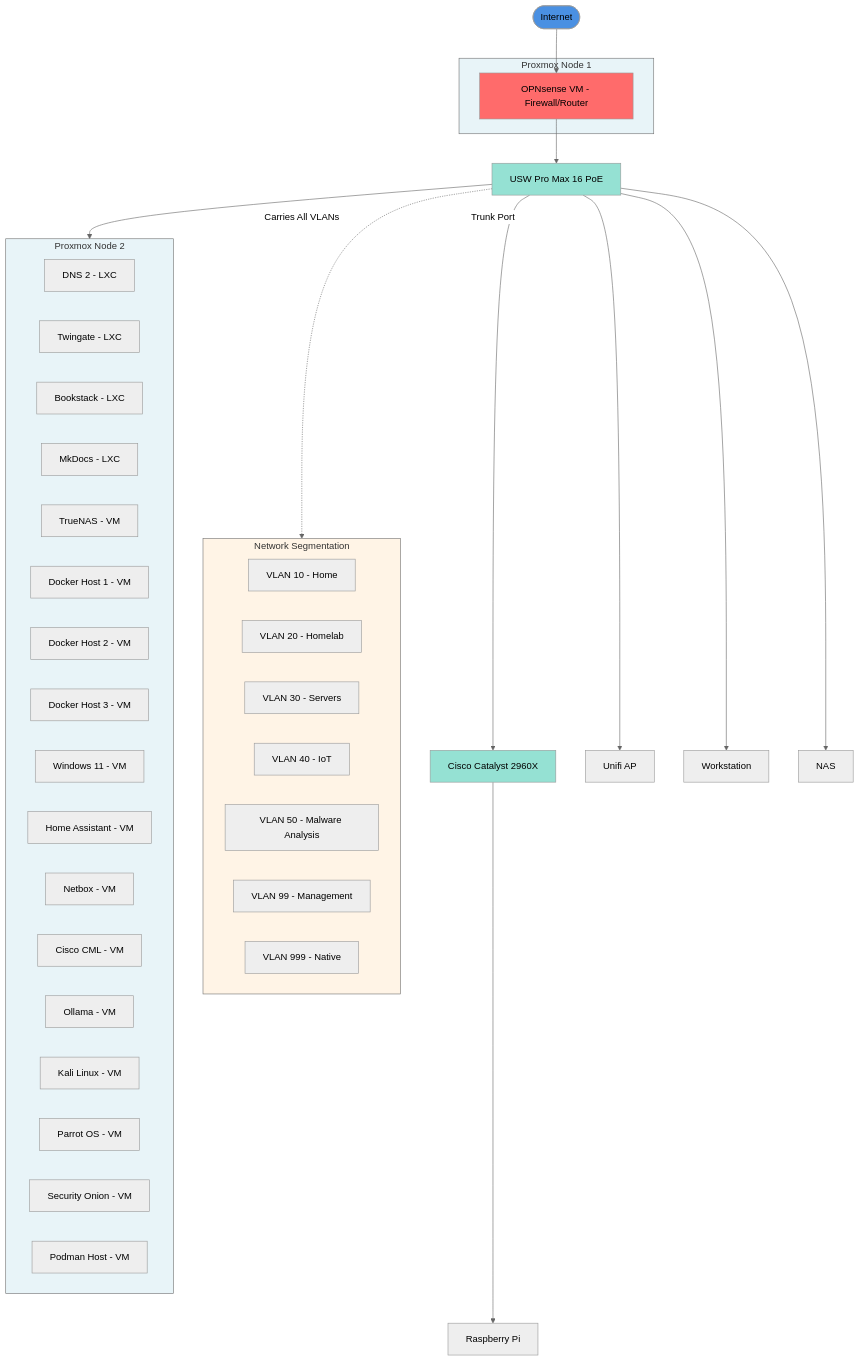
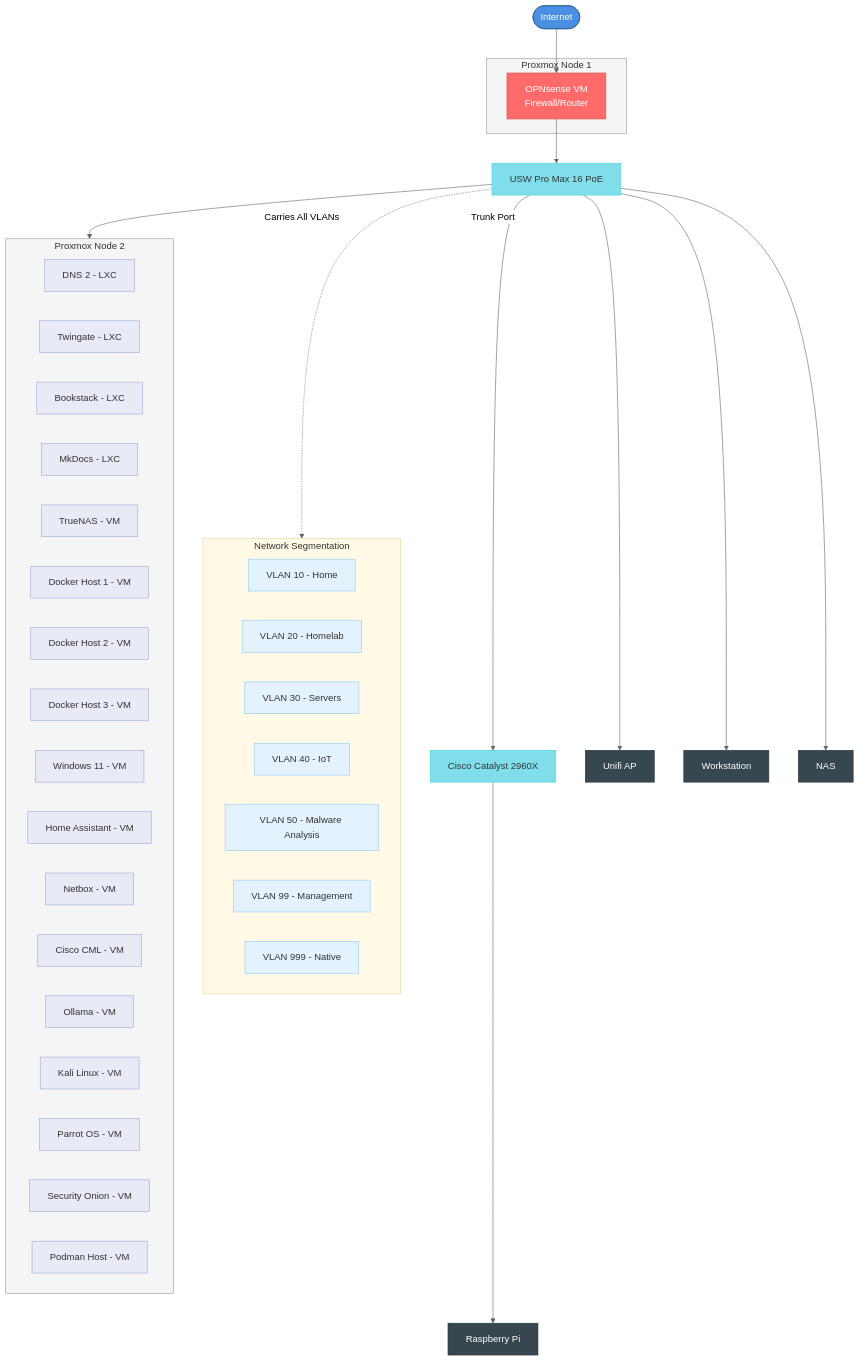
The diagram in docs/index.md (moshthesubnet/my-lab-docs), drawn with Mermaid (neutral theme) before and after one commit.

````diff
--- a/docs/index.md
+++ b/docs/index.md
@@ -59,51 +59,51 @@
     
     %% Proxmox Host containing OPNsense
     subgraph ProxmoxNode1["Proxmox Node 1"]
-        OPNsense[OPNsense VM - Firewall/Router]
+        OPNsense["OPNsense VM<br/>Firewall/Router"]
     end
     
     %% Main Switch
-    MainSwitch[USW Pro Max 16 PoE]
+    MainSwitch["USW Pro Max 16 PoE"]
     
     %% VLANs
     subgraph VLANs["Network Segmentation"]
-        VLAN10[VLAN 10 - Home]
-        VLAN20[VLAN 20 - Homelab]
-        VLAN30[VLAN 30 - Servers]
-        VLAN40[VLAN 40 - IoT]
-        VLAN50[VLAN 50 - Malware Analysis]
-        VLAN99[VLAN 99 - Management]
-        VLAN999[VLAN 999 - Native]
+        VLAN10["VLAN 10 - Home"]
+        VLAN20["VLAN 20 - Homelab"]
+        VLAN30["VLAN 30 - Servers"]
+        VLAN40["VLAN 40 - IoT"]
+        VLAN50["VLAN 50 - Malware Analysis"]
+        VLAN99["VLAN 99 - Management"]
+        VLAN999["VLAN 999 - Native"]
     end
     
     %% Trunk Connection
-    LabSwitch[Cisco Catalyst 2960X]
+    LabSwitch["Cisco Catalyst 2960X"]
     
     %% Physical Devices
-    AP[Unifi AP]
-    PC[Workstation]
-    NAS[NAS]
-    RP[Raspberry Pi]
+    AP["Unifi AP"]
+    PC["Workstation"]
+    NAS["NAS"]
+    RP["Raspberry Pi"]
     
     %% Proxmox Node 2 with VMs/LXCs
     subgraph ProxmoxNode2["Proxmox Node 2"]
-        Pihole2[DNS 2 - LXC]
-        TwinGate[Twingate - LXC]
-        BookstackVM[Bookstack - LXC]
-        MkDocs[MkDocs - LXC]
-        TrueNAS[TrueNAS - VM]
-        Dockerhost1[Docker Host 1 - VM]
-        Dockerhost2[Docker Host 2 - VM]
-        Dockerhost3[Docker Host 3 - VM]
-        Win11[Windows 11 - VM]
-        HomeAssistant[Home Assistant - VM]
-        Netbox[Netbox - VM]
-        CML[Cisco CML - VM]
-        Ollama[Ollama - VM]
-        Kali[Kali Linux - VM]
-        Parrot[Parrot OS - VM]
-        SecurityOnion[Security Onion - VM]
-        Podmanhost1[Podman Host - VM]
+        Pihole2["DNS 2 - LXC"]
+        TwinGate["Twingate - LXC"]
+        BookstackVM["Bookstack - LXC"]
+        MkDocsVM["MkDocs - LXC"]
+        TrueNAS["TrueNAS - VM"]
+        Dockerhost1["Docker Host 1 - VM"]
+        Dockerhost2["Docker Host 2 - VM"]
+        Dockerhost3["Docker Host 3 - VM"]
+        Win11["Windows 11 - VM"]
+        HomeAssistant["Home Assistant - VM"]
+        Netbox["Netbox - VM"]
+        CML["Cisco CML - VM"]
+        Ollama["Ollama - VM"]
+        Kali["Kali Linux - VM"]
+        Parrot["Parrot OS - VM"]
+        SecurityOnion["Security Onion - VM"]
+        Podmanhost1["Podman Host - VM"]
     end
     
     %% Connections Flow
@@ -119,12 +119,51 @@
     MainSwitch --> ProxmoxNode2
     LabSwitch --> RP
     
-    %% Styling
-    style Internet fill:#4a90e2
-    style OPNsense fill:#ff6b6b
-    style ProxmoxNode1 fill:#e8f4f8
-    style ProxmoxNode2 fill:#e8f4f8
-    style VLANs fill:#fff4e6
-    style MainSwitch fill:#95e1d3
-    style LabSwitch fill:#95e1d3
+    %% Styling - Internet and Edge
+    style Internet fill:#4a90e2,stroke:#2e5f8a,color:#fff
+    
+    %% Styling - Proxmox Nodes
+    style ProxmoxNode1 fill:#f5f5f5,stroke:#999,color:#333
+    style OPNsense fill:#ff6b6b,stroke:#cc5555,color:#fff
+    
+    style ProxmoxNode2 fill:#f5f5f5,stroke:#999,color:#333
+    
+    %% Styling - VLANs
+    style VLANs fill:#fff9e6,stroke:#e6d699,color:#333
+    style VLAN10 fill:#e3f2fd,stroke:#90caf9,color:#333
+    style VLAN20 fill:#e3f2fd,stroke:#90caf9,color:#333
+    style VLAN30 fill:#e3f2fd,stroke:#90caf9,color:#333
+    style VLAN40 fill:#e3f2fd,stroke:#90caf9,color:#333
+    style VLAN50 fill:#e3f2fd,stroke:#90caf9,color:#333
+    style VLAN99 fill:#e3f2fd,stroke:#90caf9,color:#333
+    style VLAN999 fill:#e3f2fd,stroke:#90caf9,color:#333
+    
+    %% Styling - Switches
+    style MainSwitch fill:#80deea,stroke:#4dd0e1,color:#333
+    style LabSwitch fill:#80deea,stroke:#4dd0e1,color:#333
+    
+    %% Styling - Physical Devices
+    style AP fill:#37474f,stroke:#263238,color:#fff
+    style PC fill:#37474f,stroke:#263238,color:#fff
+    style NAS fill:#37474f,stroke:#263238,color:#fff
+    style RP fill:#37474f,stroke:#263238,color:#fff
+    
+    %% Styling - VMs and LXCs
+    style Pihole2 fill:#e8eaf6,stroke:#9fa8da,color:#333
+    style TwinGate fill:#e8eaf6,stroke:#9fa8da,color:#333
+    style BookstackVM fill:#e8eaf6,stroke:#9fa8da,color:#333
+    style MkDocsVM fill:#e8eaf6,stroke:#9fa8da,color:#333
+    style TrueNAS fill:#e8eaf6,stroke:#9fa8da,color:#333
+    style Dockerhost1 fill:#e8eaf6,stroke:#9fa8da,color:#333
+    style Dockerhost2 fill:#e8eaf6,stroke:#9fa8da,color:#333
+    style Dockerhost3 fill:#e8eaf6,stroke:#9fa8da,color:#333
+    style Win11 fill:#e8eaf6,stroke:#9fa8da,color:#333
+    style HomeAssistant fill:#e8eaf6,stroke:#9fa8da,color:#333
+    style Netbox fill:#e8eaf6,stroke:#9fa8da,color:#333
+    style CML fill:#e8eaf6,stroke:#9fa8da,color:#333
+    style Ollama fill:#e8eaf6,stroke:#9fa8da,color:#333
+    style Kali fill:#e8eaf6,stroke:#9fa8da,color:#333
+    style Parrot fill:#e8eaf6,stroke:#9fa8da,color:#333
+    style SecurityOnion fill:#e8eaf6,stroke:#9fa8da,color:#333
+    style Podmanhost1 fill:#e8eaf6,stroke:#9fa8da,color:#333
 ```
````
